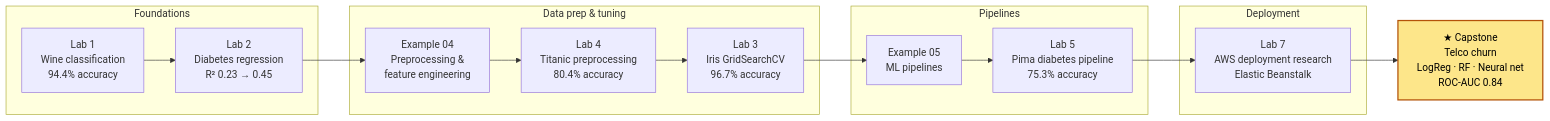
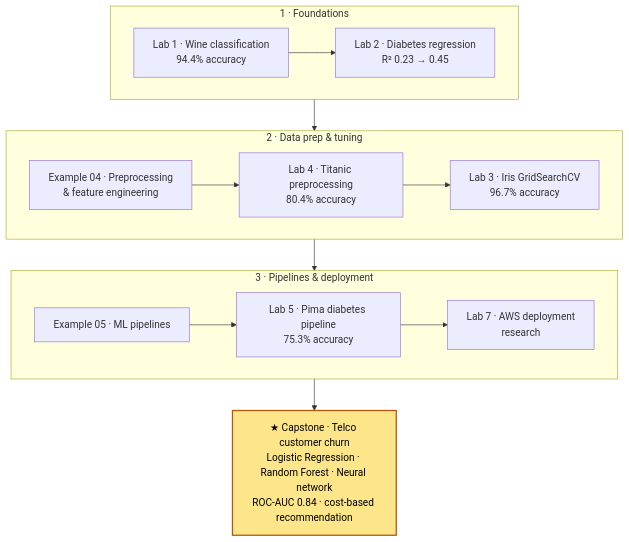
Before and after one commit to hossain8078/Machine-Learning-and-Deep-Learning: the diagram in README.md, drawn with Mermaid.

Commit message:
Make course map diagram easier to read

````diff
--- a/README.md
+++ b/README.md
@@ -12,25 +12,29 @@
 ```mermaid
-flowchart LR
-    subgraph F["Foundations"]
-        L1["Lab 1<br/>Wine classification<br/>94.4% accuracy"]
-        L2["Lab 2<br/>Diabetes regression<br/>R² 0.23 → 0.45"]
+flowchart TB
+    subgraph F["1 · Foundations"]
+        direction LR
+        L1["Lab 1 · Wine classification<br/>94.4% accuracy"]
+        L2["Lab 2 · Diabetes regression<br/>R² 0.23 → 0.45"]
+        L1 --> L2
     end
-    subgraph P["Data prep & tuning"]
-        E4["Example 04<br/>Preprocessing &<br/>feature engineering"]
-        L4["Lab 4<br/>Titanic preprocessing<br/>80.4% accuracy"]
-        L3["Lab 3<br/>Iris GridSearchCV<br/>96.7% accuracy"]
+    subgraph P["2 · Data prep & tuning"]
+        direction LR
+        E4["Example 04 · Preprocessing<br/>& feature engineering"]
+        L4["Lab 4 · Titanic preprocessing<br/>80.4% accuracy"]
+        L3["Lab 3 · Iris GridSearchCV<br/>96.7% accuracy"]
+        E4 --> L4 --> L3
     end
-    subgraph PL["Pipelines"]
-        E5["Example 05<br/>ML pipelines"]
-        L5["Lab 5<br/>Pima diabetes pipeline<br/>75.3% accuracy"]
+    subgraph PL["3 · Pipelines & deployment"]
+        direction LR
+        E5["Example 05 · ML pipelines"]
+        L5["Lab 5 · Pima diabetes pipeline<br/>75.3% accuracy"]
+        L7["Lab 7 · AWS deployment<br/>research"]
+        E5 --> L5 --> L7
     end
-    subgraph D["Deployment"]
-        L7["Lab 7<br/>AWS deployment research<br/>Elastic Beanstalk"]
-    end
-    C["★ Capstone<br/>Telco churn<br/>LogReg · RF · Neural net<br/>ROC-AUC 0.84"]
+    C["★ Capstone · Telco customer churn<br/>Logistic Regression · Random Forest · Neural network<br/>ROC-AUC 0.84 · cost-based recommendation"]
 
-    L1 --> L2 --> E4 --> L4 --> L3 --> E5 --> L5 --> L7 --> C
+    F --> P --> PL --> C
 
     classDef cap fill:#fde68a,stroke:#b45309,stroke-width:2px,color:#000;
     class C cap;
 ```
````
